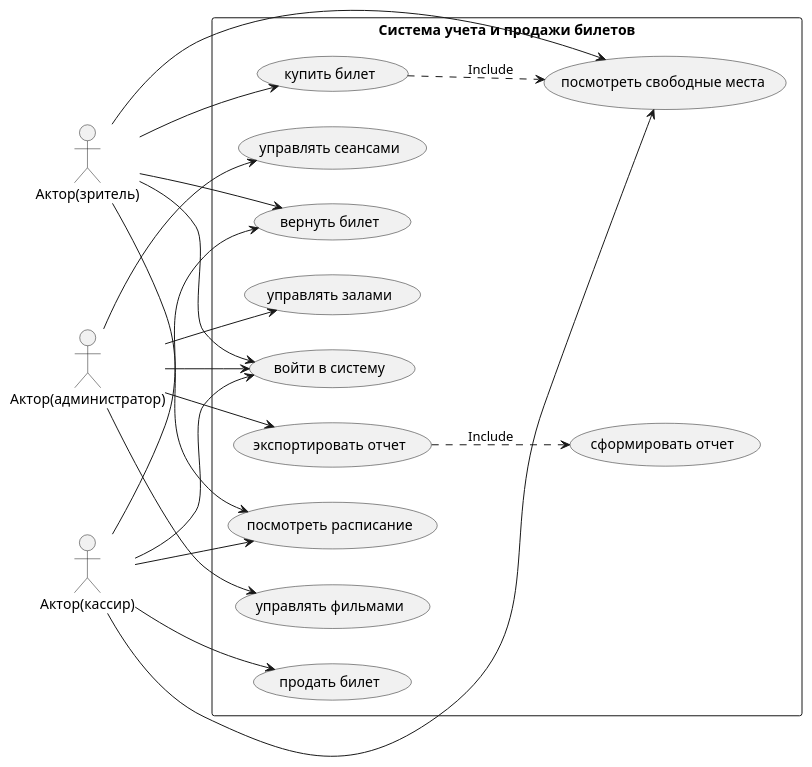
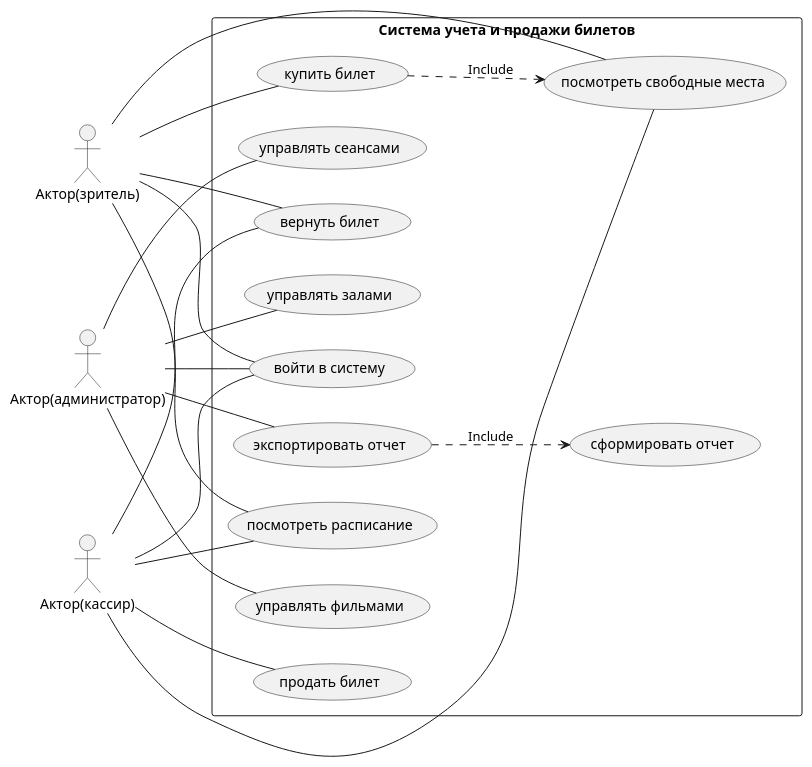
Before and after one commit to 4dmif/CinemaTickets: the diagram in docs/diagrams/usecase.puml, drawn with PlantUML.

```diff
--- a/docs/diagrams/usecase.puml
+++ b/docs/diagrams/usecase.puml
@@ -1,44 +1,44 @@
 @startuml
 left to right direction
 skinparam packageStyle rectangle
 
 actor "Актор(зритель)" as User
 actor "Актор(кассир)" as Cashier
 actor "Актор(администратор)" as Admin
 
 package "Система учета и продажи билетов" {
   usecase "войти в систему" as UC_Login
   usecase "купить билет" as UC_Buy
   usecase "вернуть билет" as UC_Return
   usecase "посмотреть расписание" as UC_Schedule
   usecase "посмотреть свободные места" as UC_Seats
   usecase "продать билет" as UC_Sell
   usecase "управлять залами" as UC_Stock
   usecase "управлять сеансами" as UC_Sessions
   usecase "управлять фильмами" as UC_Films
   usecase "экспортировать отчет" as UC_Export
   usecase "сформировать отчет" as UC_Report
 }
 
-User --> UC_Login
-User --> UC_Buy
-User --> UC_Return
-User --> UC_Schedule
-User --> UC_Seats
+User -- UC_Login
+User -- UC_Buy
+User -- UC_Return
+User -- UC_Schedule
+User -- UC_Seats
 
-Cashier --> UC_Login
-Cashier --> UC_Sell
-Cashier --> UC_Return
-Cashier --> UC_Schedule
-Cashier --> UC_Seats
+Cashier -- UC_Login
+Cashier -- UC_Sell
+Cashier -- UC_Return
+Cashier -- UC_Schedule
+Cashier -- UC_Seats
 
-Admin --> UC_Login
-Admin --> UC_Stock
-Admin --> UC_Sessions
-Admin --> UC_Films
-Admin --> UC_Export
+Admin -- UC_Login
+Admin -- UC_Stock
+Admin -- UC_Sessions
+Admin -- UC_Films
+Admin -- UC_Export
 
 UC_Buy ..> UC_Seats : Include
 UC_Export ..> UC_Report : Include
 
 @enduml
```
